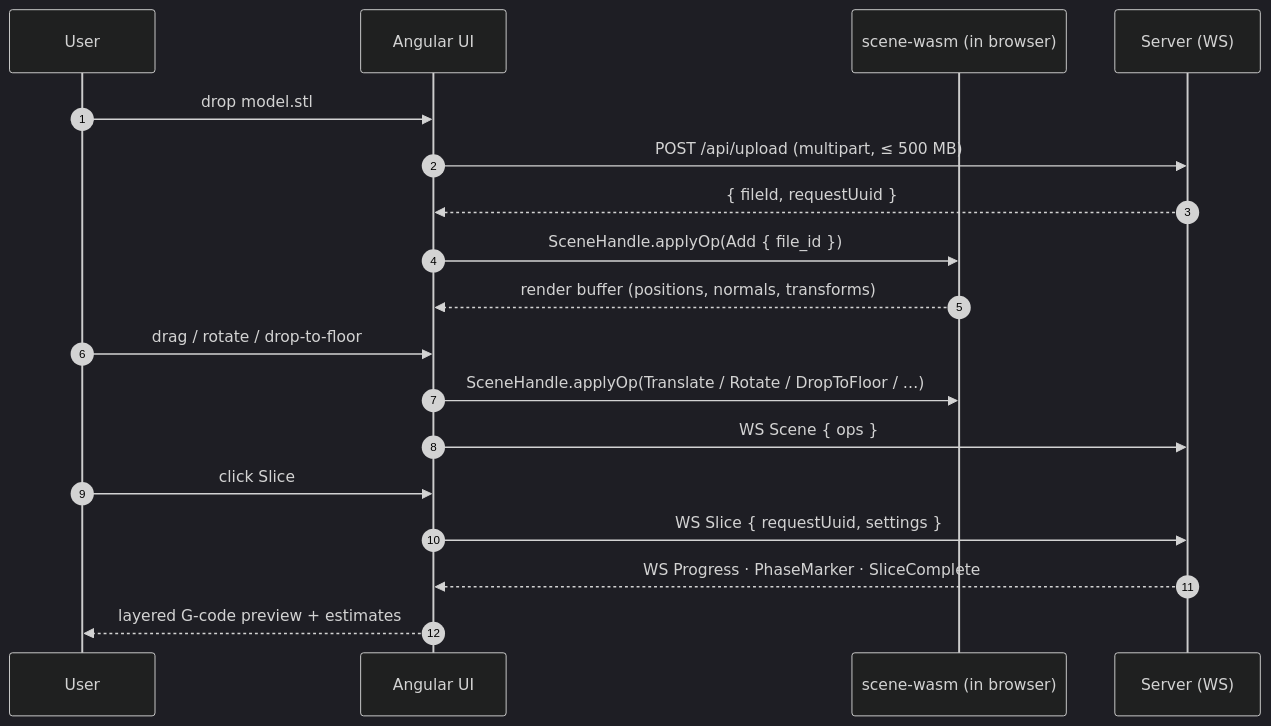
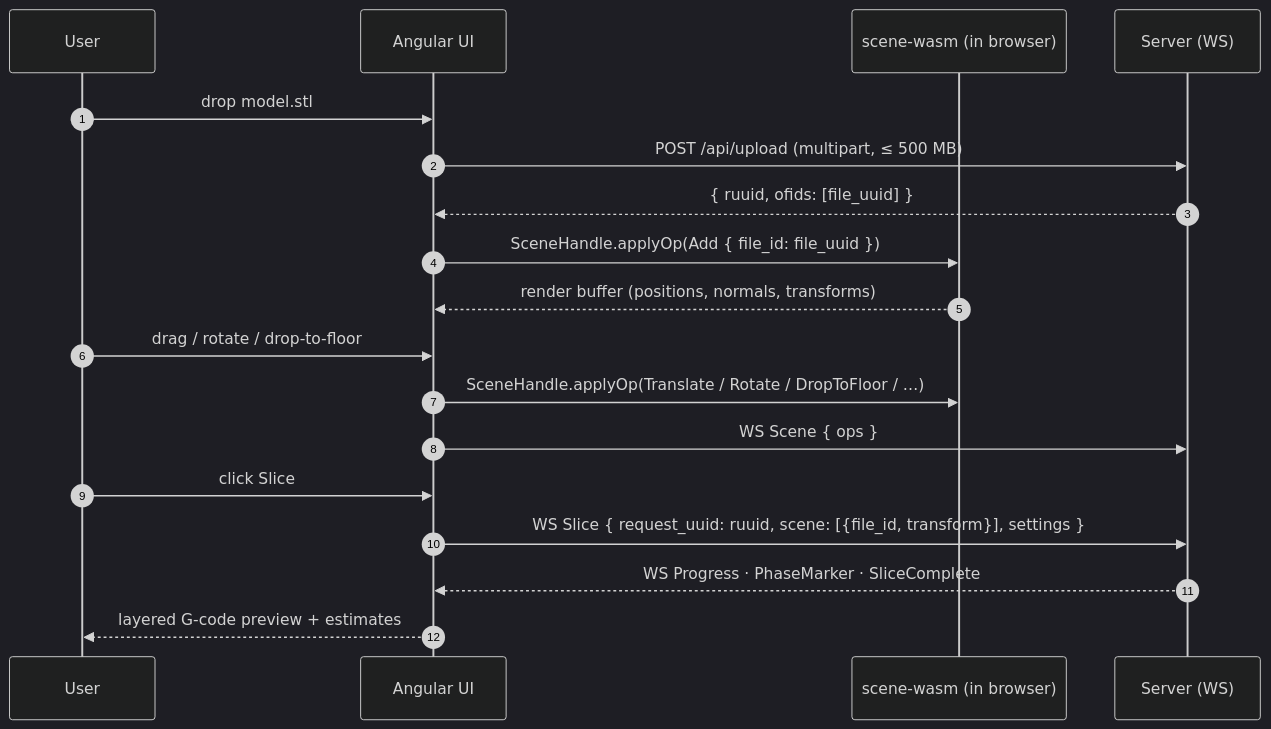
One commit to max-scopp/slicer-engine changed the second of 4 diagrams in ui/README.md. Above: the diagram before and after it, drawn with Mermaid (dark theme). The commit also changed 5 other files, not shown here.

First line of the commit message:
drop legacy upload columns from requests; rebuild docs around ruuid+ofids

````diff
--- a/ui/README.md
+++ b/ui/README.md
@@ -75,21 +75,21 @@
 ```mermaid
 sequenceDiagram
     autonumber
     participant U as User
     participant UI as Angular UI
     participant W as scene-wasm (in browser)
     participant S as Server (WS)
 
     U->>UI: drop model.stl
     UI->>S: POST /api/upload (multipart, ≤ 500 MB)
-    S-->>UI: { fileId, requestUuid }
-    UI->>W: SceneHandle.applyOp(Add { file_id })
+    S-->>UI: { ruuid, ofids: [file_uuid] }
+    UI->>W: SceneHandle.applyOp(Add { file_id: file_uuid })
     W-->>UI: render buffer (positions, normals, transforms)
     U->>UI: drag / rotate / drop-to-floor
     UI->>W: SceneHandle.applyOp(Translate / Rotate / DropToFloor / …)
     UI->>S: WS Scene { ops }
     U->>UI: click Slice
-    UI->>S: WS Slice { requestUuid, settings }
+    UI->>S: WS Slice { request_uuid: ruuid, scene: [{file_id, transform}], settings }
     S-->>UI: WS Progress · PhaseMarker · SliceComplete
     UI-->>U: layered G-code preview + estimates
 ```
````
